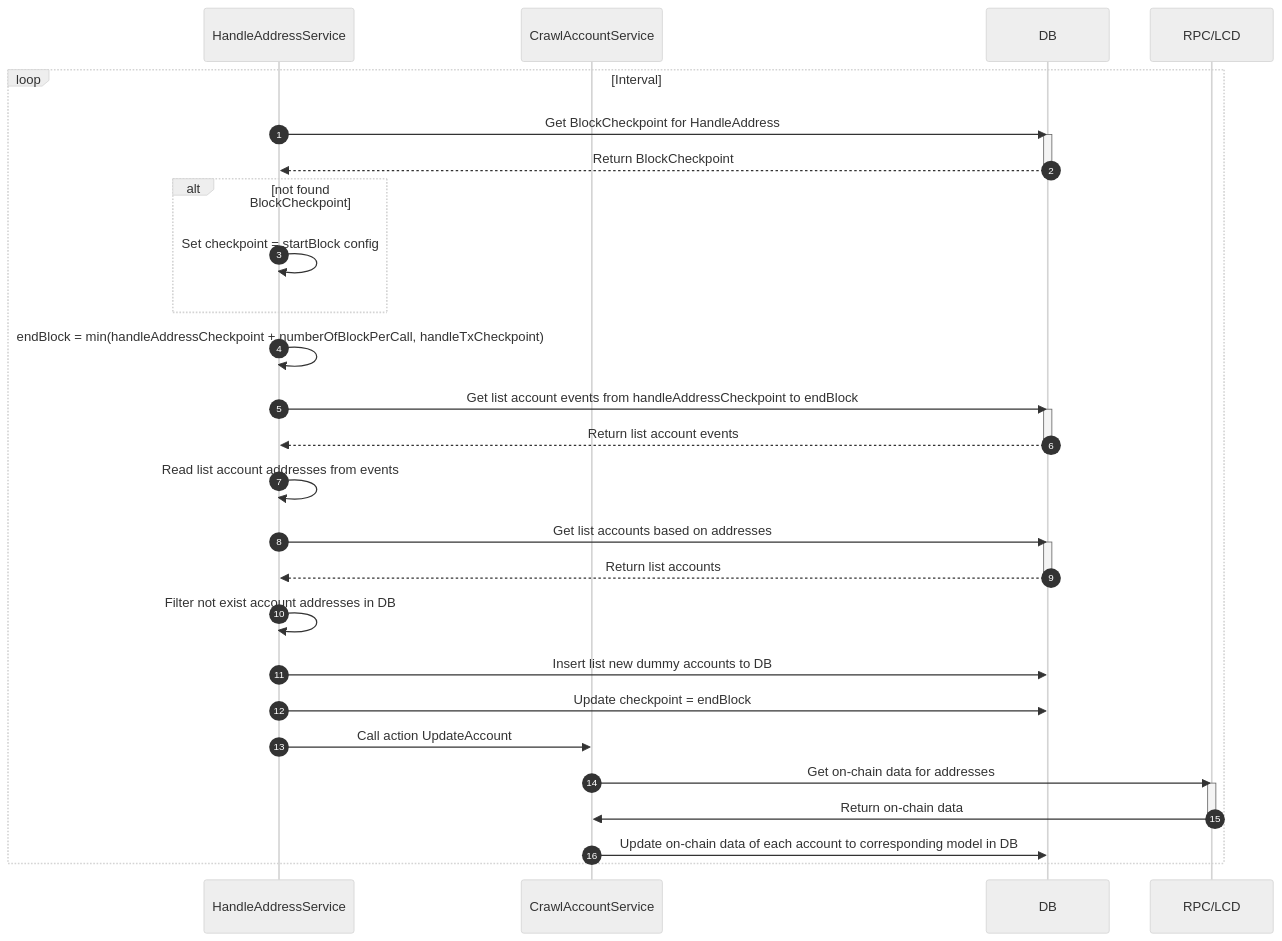
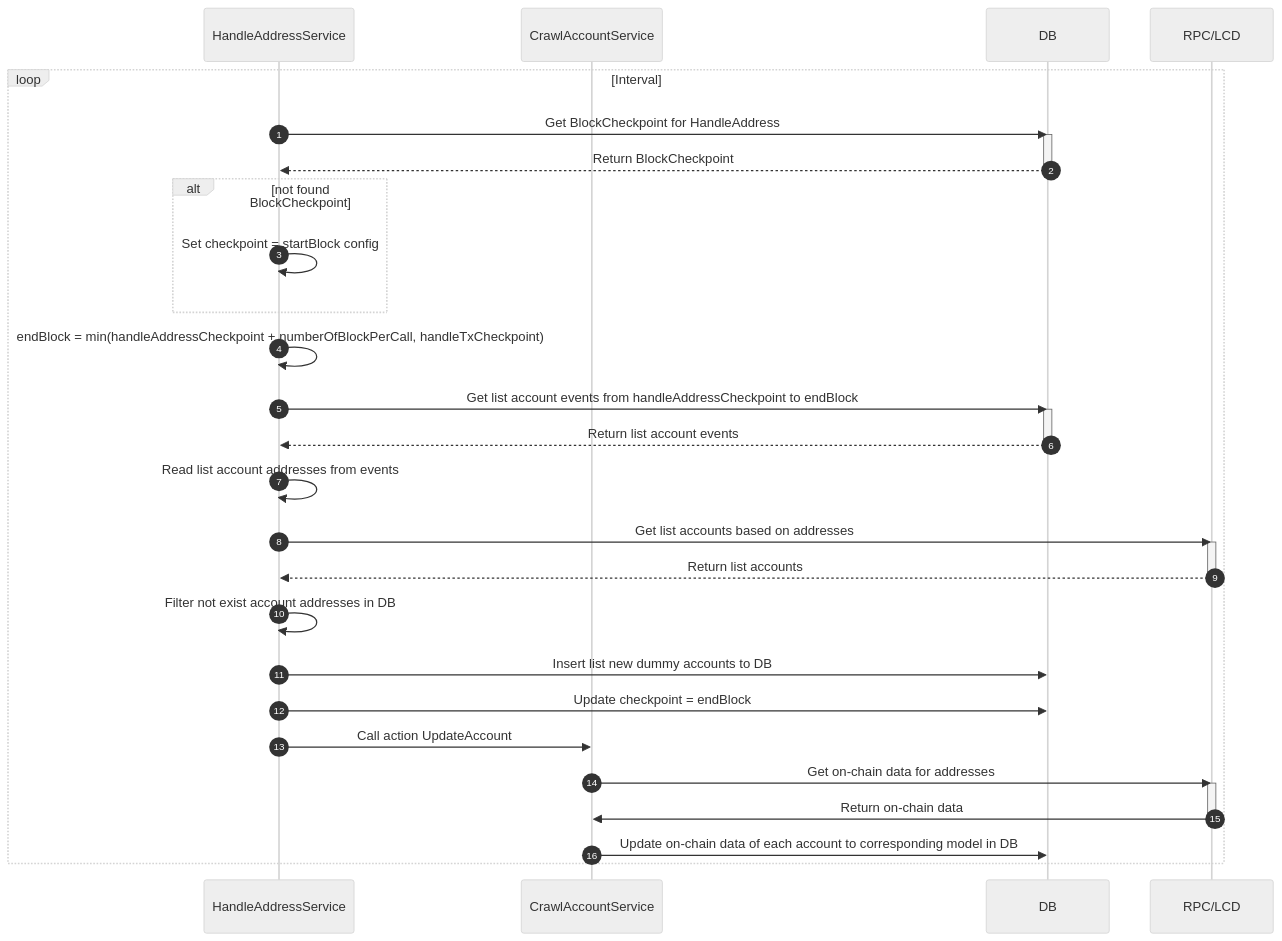
The diagram in docs/services/crawl-account/crawl-account.md (aura-nw/horoscope-v2), drawn with Mermaid (neutral theme) before and after one commit. The commit also changed 4 other files, not shown here.

````diff
--- a/docs/services/crawl-account/crawl-account.md
+++ b/docs/services/crawl-account/crawl-account.md
@@ -3,39 +3,39 @@
 ```mermaid
   sequenceDiagram
     autonumber
     participant A as HandleAddressService
     participant B as CrawlAccountService
     participant C as DB
     participant D as RPC/LCD
 
     loop Interval
       A->>C: Get BlockCheckpoint for HandleAddress
       activate C
       C-->>A: Return BlockCheckpoint
       deactivate C
       alt not found BlockCheckpoint
         A->>A: Set checkpoint = startBlock config
       end
       A->>A: endBlock = min(handleAddressCheckpoint + numberOfBlockPerCall, handleTxCheckpoint)
 
       A->>C: Get list account events from handleAddressCheckpoint to endBlock
       activate C
       C-->>A: Return list account events
       deactivate C
       A->>A: Read list account addresses from events
-      A->>C: Get list accounts based on addresses
-      activate C
-      C-->>A: Return list accounts
-      deactivate C
+      A->>D: Get list accounts based on addresses
+      activate D
+      D-->>A: Return list accounts
+      deactivate D
       A->>A: Filter not exist account addresses in DB
-      A->>C: Insert list new  dummy accounts to DB
+      A->>C: Insert list new dummy accounts to DB
       A->>C: Update checkpoint = endBlock
       A->>B: Call action UpdateAccount
 
       B->>D: Get on-chain data for addresses
       activate D
       D->>B: Return on-chain data
       deactivate D
       B->>C: Update on-chain data of each account to corresponding model in DB
     end
 ```
````
